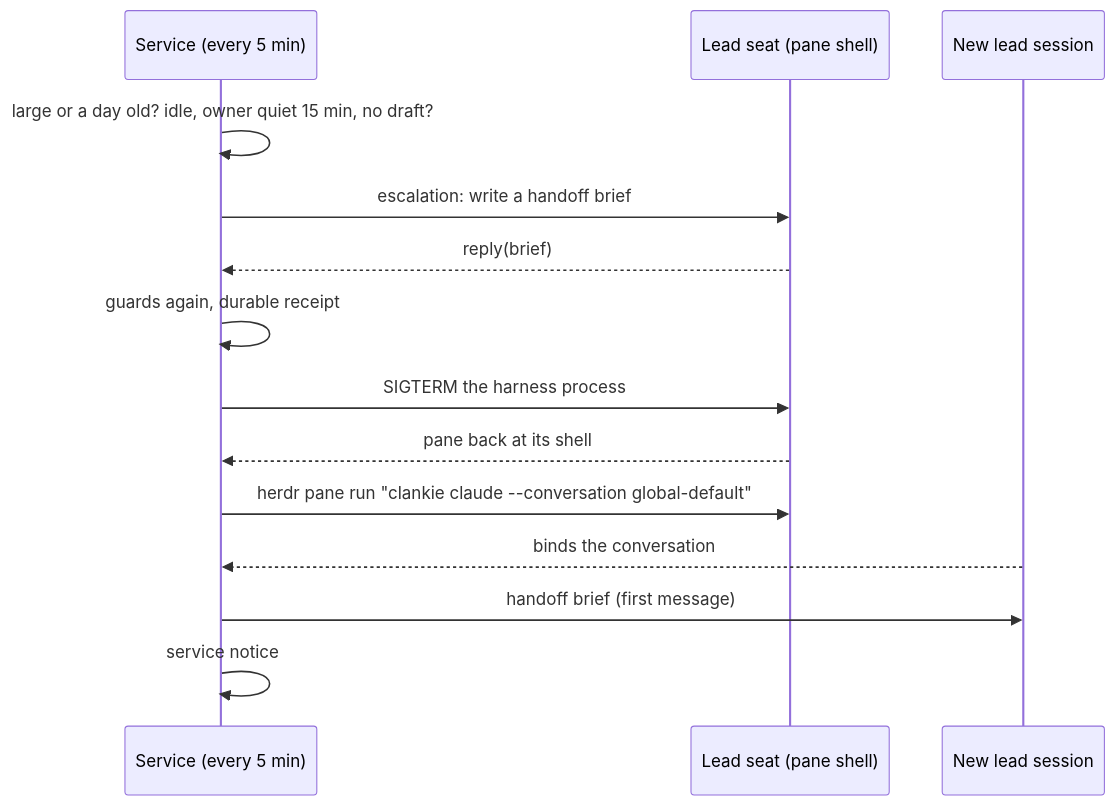
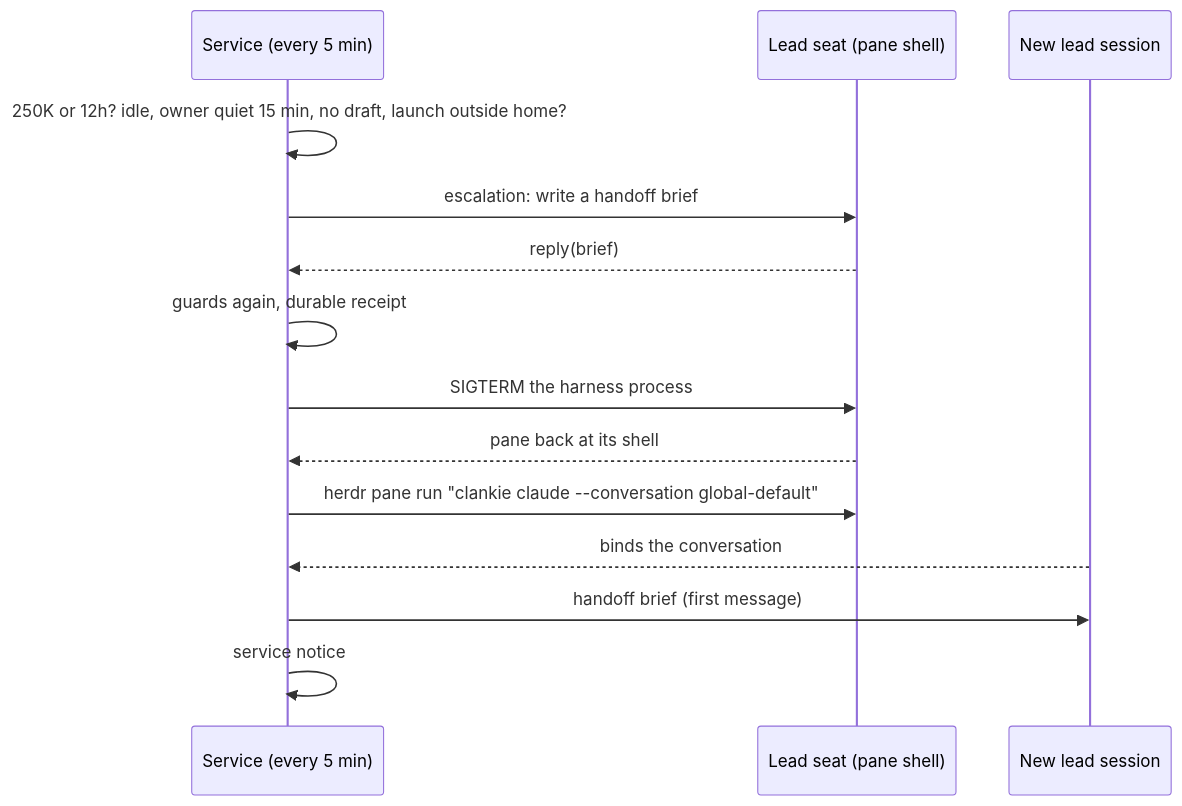
The diagram in docs/adr/0271-the-lead-seat-restarts-fresh-in-its-own-pane.md (Volpestyle/clankie), drawn with Mermaid before and after one commit. The commit also changed other lines of this file and 20 other files, not shown here.

````diff
--- a/docs/adr/0271-the-lead-seat-restarts-fresh-in-its-own-pane.md
+++ b/docs/adr/0271-the-lead-seat-restarts-fresh-in-its-own-pane.md
@@ -73,16 +83,16 @@
 ```mermaid
 sequenceDiagram
   participant S as Service (every 5 min)
   participant L as Lead seat (pane shell)
   participant N as New lead session
-  S->>S: large or a day old? idle, owner quiet 15 min, no draft?
+  S->>S: 250K or 12h? idle, owner quiet 15 min, no draft, launch outside home?
   S->>L: escalation: write a handoff brief
   L-->>S: reply(brief)
   S->>S: guards again, durable receipt
   S->>L: SIGTERM the harness process
   L-->>S: pane back at its shell
   S->>L: herdr pane run "clankie claude --conversation global-default"
   N-->>S: binds the conversation
   S->>N: handoff brief (first message)
   S->>S: service notice
 ```
````
